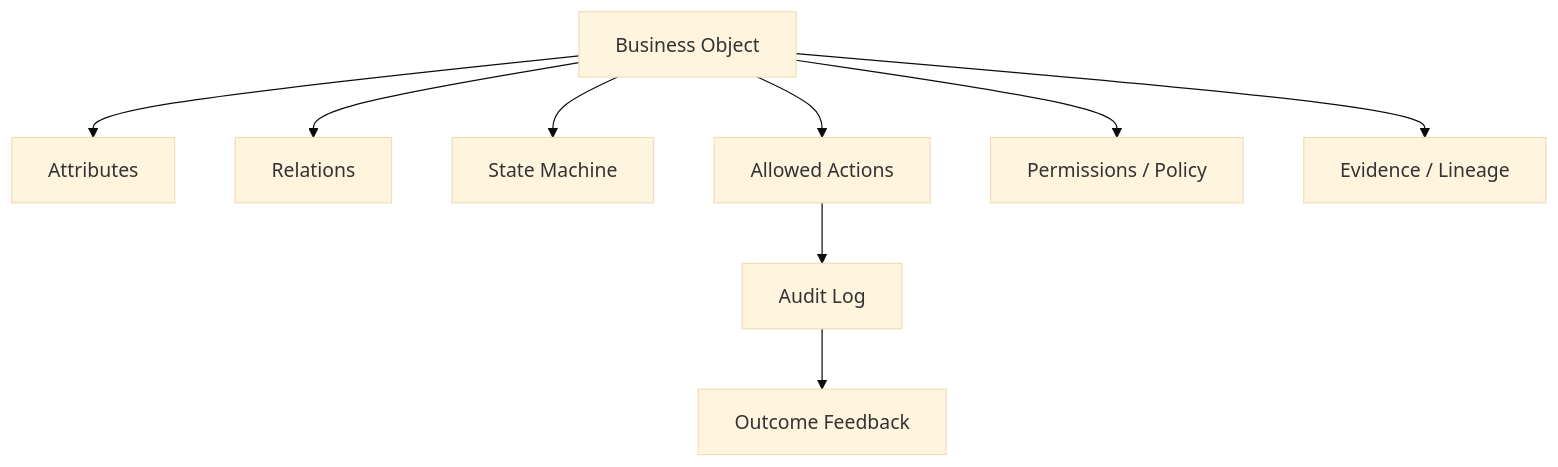
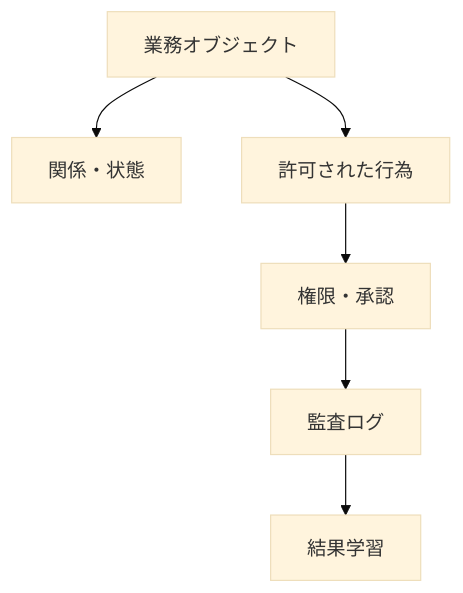
The seventh of 13 diagrams in src/content/blog/ai-llm-ontology-memory.mdx (daylight55/research), drawn with Mermaid (base theme) before and after one commit. The commit also changed other lines of this file and 20 other files, not shown here.

Commit message:
Mermaid図の表示サイズを調整

````diff
--- a/src/content/blog/ai-llm-ontology-memory.mdx
+++ b/src/content/blog/ai-llm-ontology-memory.mdx
@@ -258,11 +245,8 @@
 ```mermaid
 flowchart TD
-  BO["Business Object"] --> Attr["Attributes"]
-  BO --> Rel["Relations"]
-  BO --> State["State Machine"]
-  BO --> Action["Allowed Actions"]
-  BO --> Policy["Permissions / Policy"]
-  BO --> Evidence["Evidence / Lineage"]
-  Action --> Audit["Audit Log"]
-  Audit --> Feedback["Outcome Feedback"]
+  BO["業務オブジェクト"] --> Rel["関係・状態"]
+  BO --> Act["許可された行為"]
+  Act --> Pol["権限・承認"]
+  Pol --> Aud["監査ログ"]
+  Aud --> FB["結果学習"]
 ```
````
